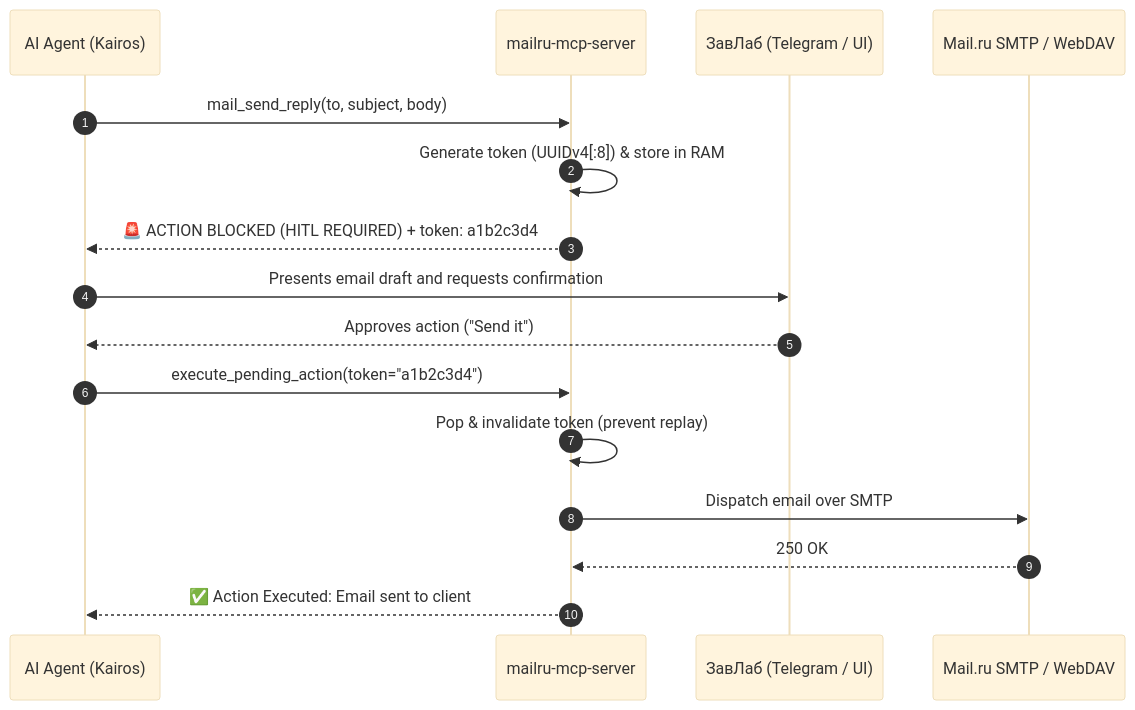
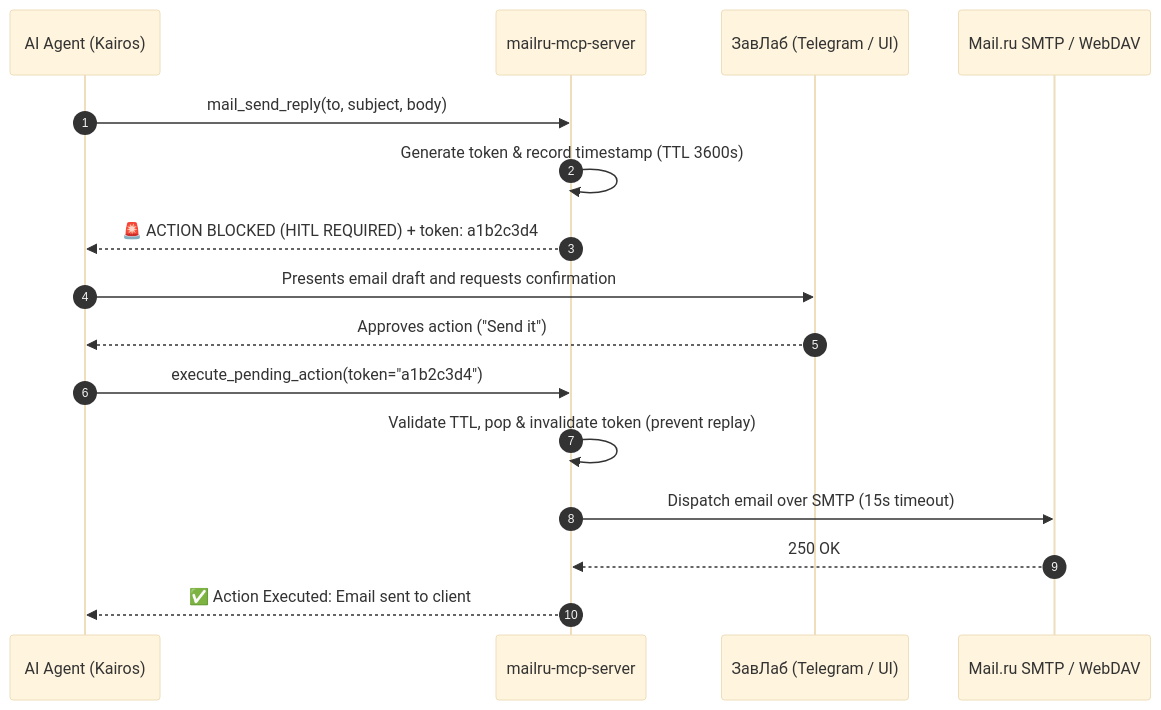
One commit to TheNovaNodes/mailru-mcp-server changed the second of 2 diagrams in ARCHITECTURE.md. Above: the diagram before and after it, drawn with Mermaid (base theme). The commit also changed other lines of this file and 11 other files, not shown here.

````diff
--- a/ARCHITECTURE.md
+++ b/ARCHITECTURE.md
@@ -34,19 +34,19 @@
 ```mermaid
 sequenceDiagram
     autonumber
     participant Agent as AI Agent (Kairos)
     participant Server as mailru-mcp-server
     participant ZaVLab as ЗавЛаб (Telegram / UI)
     participant MailRu as Mail.ru SMTP / WebDAV
 
     Agent->>Server: mail_send_reply(to, subject, body)
-    Server->>Server: Generate token (UUIDv4[:8]) & store in RAM
+    Server->>Server: Generate token & record timestamp (TTL 3600s)
     Server-->>Agent: 🚨 ACTION BLOCKED (HITL REQUIRED) + token: a1b2c3d4
     Agent->>ZaVLab: Presents email draft and requests confirmation
     ZaVLab-->>Agent: Approves action ("Send it")
     Agent->>Server: execute_pending_action(token="a1b2c3d4")
-    Server->>Server: Pop & invalidate token (prevent replay)
-    Server->>MailRu: Dispatch email over SMTP
+    Server->>Server: Validate TTL, pop & invalidate token (prevent replay)
+    Server->>MailRu: Dispatch email over SMTP (15s timeout)
     MailRu-->>Server: 250 OK
     Server-->>Agent: ✅ Action Executed: Email sent to client
 ```
````
